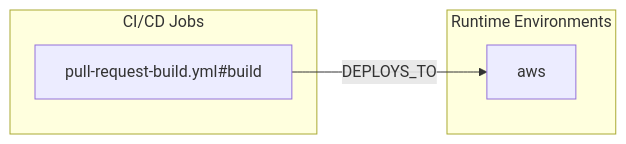
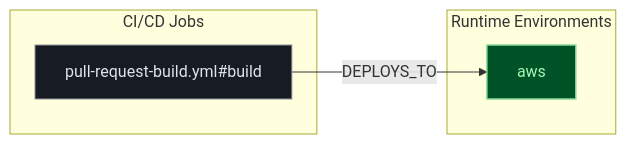
Before and after one commit to kumarshaz/atruss-code-atlas: the second of 3 diagrams in exports/latest/reports/RocketChat-Rocket.Chat.Electron-report.md, drawn with Mermaid. The commit also changed other lines of this file and 331 other files, not shown here.

Commit message:
docs,ui,fix: update SDLC docs, reorder CI/CD DAG first, stylize Mermaid, and fix Arc42 pipeline topology

````diff
--- a/exports/latest/reports/RocketChat-Rocket.Chat.Electron-report.md
+++ b/exports/latest/reports/RocketChat-Rocket.Chat.Electron-report.md
@@ -204,10 +211,14 @@
 ```mermaid
 flowchart LR
+    classDef atlasCategory fill:#212428,stroke:#E87A48,stroke-width:1.5px,color:#dfe3eb
+    classDef atlasWorkflow fill:#1b2026,stroke:#a3c9ff,stroke-width:1.5px,color:#dfe3eb
+    classDef atlasJob fill:#171c22,stroke:#8d9199,stroke-width:1px,color:#dfe3eb
+    classDef atlasTarget fill:#005227,stroke:#8bd99b,stroke-width:1.5px,color:#a7f6b6
     subgraph ci_jobs["CI/CD Jobs"]
-        job_pull_request_build_yml_build["pull-request-build.yml#build"]
+        job_pull_request_build_yml_build["pull-request-build.yml#build"]:::atlasJob
     end
     subgraph runtime_envs["Runtime Environments"]
-        env_aws["aws"]
+        env_aws["aws"]:::atlasTarget
     end
     job_pull_request_build_yml_build -->|DEPLOYS_TO| env_aws
 ```
````
